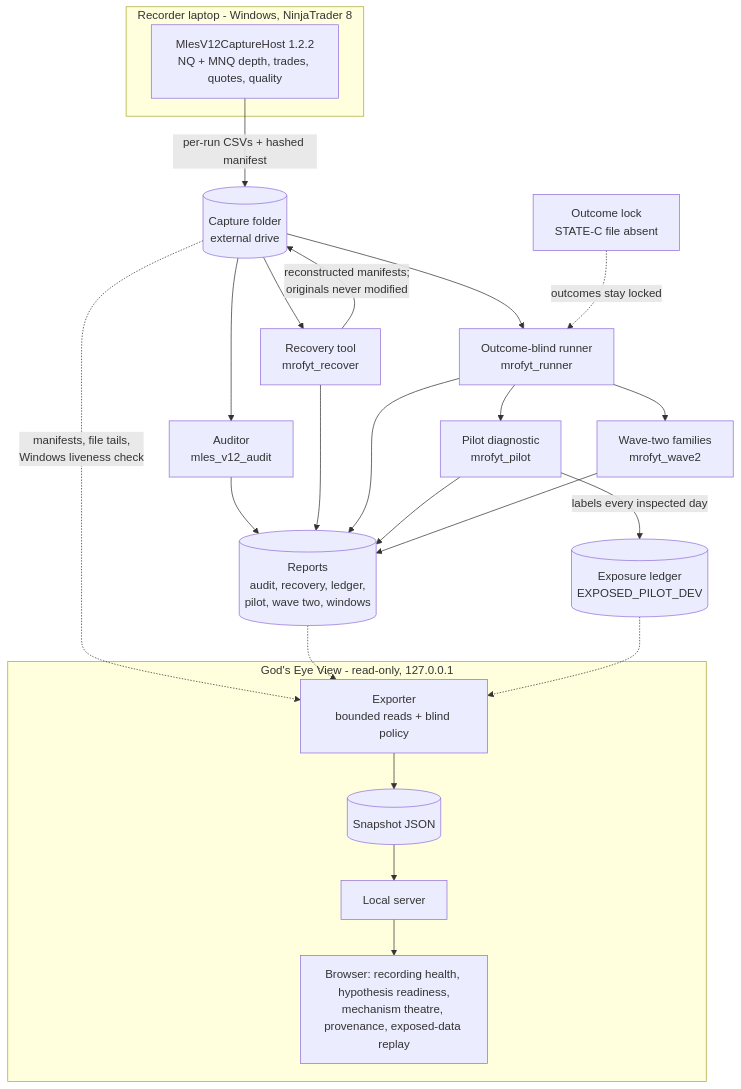
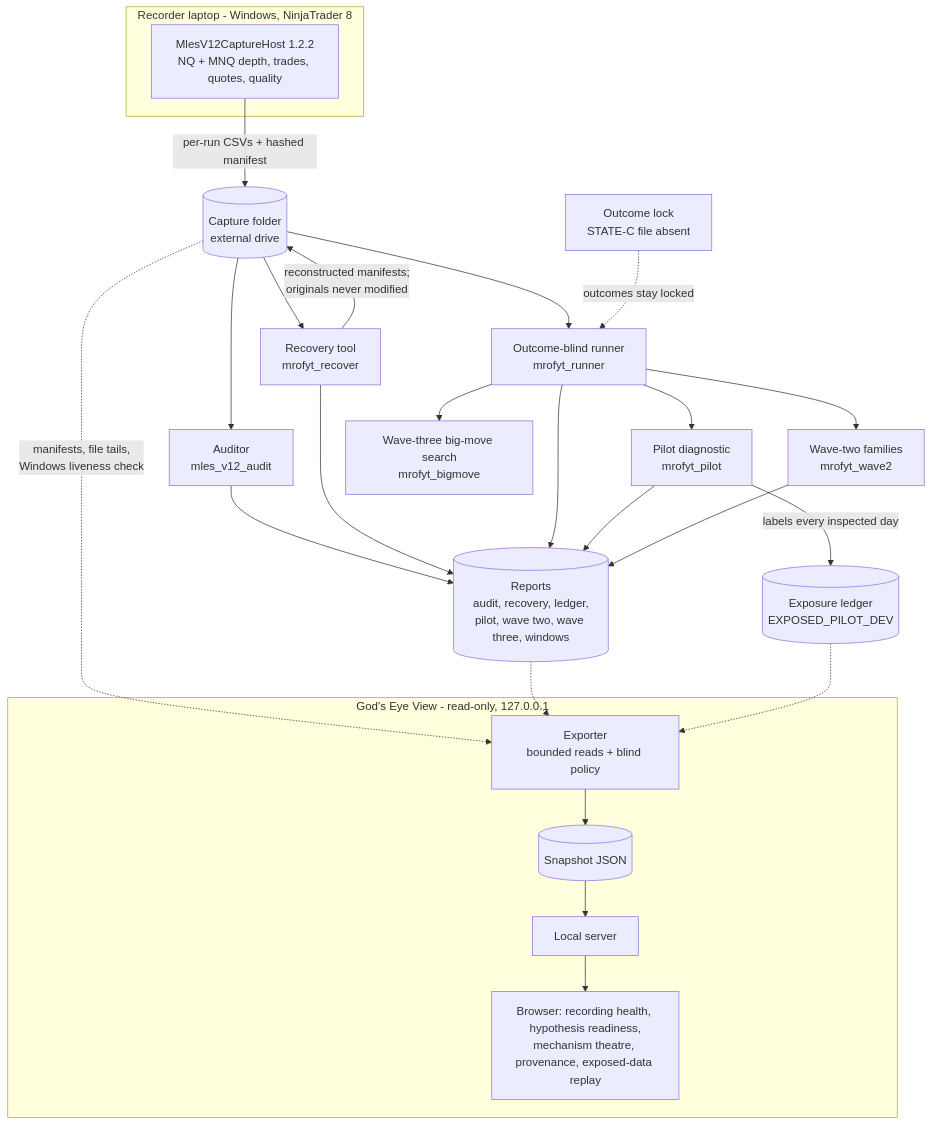
Before and after one commit to Heshh999/NGUQT: the second of 2 diagrams in README.md, drawn with Mermaid. The commit also changed other lines of this file and 6 other files, not shown here.

First line of the commit message:
Wave three: the big-move search as code, on the frozen runner's hooks

````diff
--- a/README.md
+++ b/README.md
@@ -85,28 +85,29 @@
 ```mermaid
 flowchart TB
     subgraph REC["Recorder laptop - Windows, NinjaTrader 8"]
         R["MlesV12CaptureHost 1.2.2<br/>NQ + MNQ depth, trades, quotes, quality"]
     end
     R -->|"per-run CSVs + hashed manifest"| CF[("Capture folder<br/>external drive")]
     CF --> AU["Auditor<br/>mles_v12_audit"]
     CF --> RC["Recovery tool<br/>mrofyt_recover"]
     RC -->|"reconstructed manifests;<br/>originals never modified"| CF
     CF --> RN["Outcome-blind runner<br/>mrofyt_runner"]
     RN --> PI["Pilot diagnostic<br/>mrofyt_pilot"]
     RN --> W2["Wave-two families<br/>mrofyt_wave2"]
+    RN --> W3["Wave-three big-move search<br/>mrofyt_bigmove"]
     PI -->|"labels every inspected day"| LG[("Exposure ledger<br/>EXPOSED_PILOT_DEV")]
-    AU --> RP[("Reports<br/>audit, recovery, ledger,<br/>pilot, wave two, windows")]
+    AU --> RP[("Reports<br/>audit, recovery, ledger,<br/>pilot, wave two, wave three, windows")]
     RC --> RP
     RN --> RP
     PI --> RP
     W2 --> RP
     LOCK["Outcome lock<br/>STATE-C file absent"] -.->|"outcomes stay locked"| RN
     subgraph GE["God's Eye View - read-only, 127.0.0.1"]
         EX["Exporter<br/>bounded reads + blind policy"] --> SN[("Snapshot JSON")]
         SN --> SV["Local server"]
         SV --> UI["Browser: recording health, hypothesis readiness,<br/>mechanism theatre, provenance, exposed-data replay"]
     end
     CF -.->|"manifests, file tails,<br/>Windows liveness check"| EX
     RP -.-> EX
     LG -.-> EX
 ```
````
